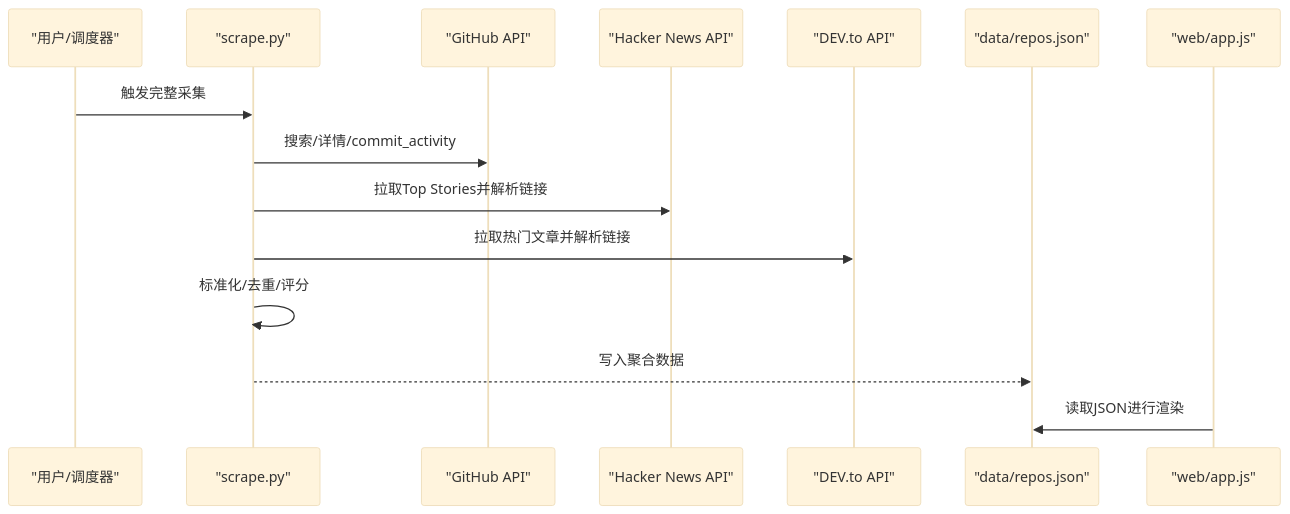
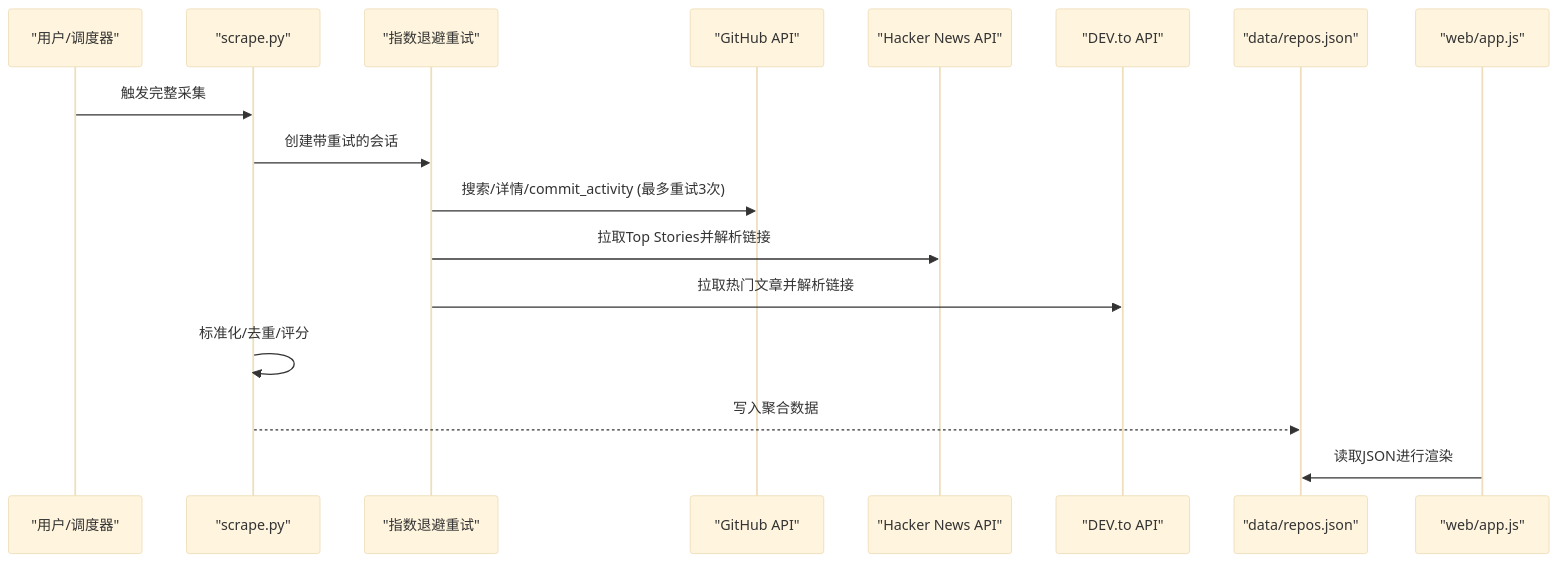
The second of 11 diagrams in .qoder/repowiki/zh/content/数据聚合系统/数据聚合系统.md (allengaller/repo-database), drawn with Mermaid (base theme) before and after one commit. The commit also changed other lines of this file and 38 other files, not shown here.

````diff
--- a/.qoder/repowiki/zh/content/数据聚合系统/数据聚合系统.md
+++ b/.qoder/repowiki/zh/content/数据聚合系统/数据聚合系统.md
@@ -109,17 +122,19 @@
 ```mermaid
 sequenceDiagram
 participant User as "用户/调度器"
 participant Scrape as "scrape.py"
+participant Retry as "指数退避重试"
 participant GH as "GitHub API"
 participant HN as "Hacker News API"
 participant DEV as "DEV.to API"
 participant Store as "data/repos.json"
 participant Web as "web/app.js"
 User->>Scrape : 触发完整采集
-Scrape->>GH : 搜索/详情/commit_activity
-Scrape->>HN : 拉取Top Stories并解析链接
-Scrape->>DEV : 拉取热门文章并解析链接
+Scrape->>Retry : 创建带重试的会话
+Retry->>GH : 搜索/详情/commit_activity (最多重试3次)
+Retry->>HN : 拉取Top Stories并解析链接
+Retry->>DEV : 拉取热门文章并解析链接
 Scrape->>Scrape : 标准化/去重/评分
 Scrape-->>Store : 写入聚合数据
 Web->>Store : 读取JSON进行渲染
 ```
````
